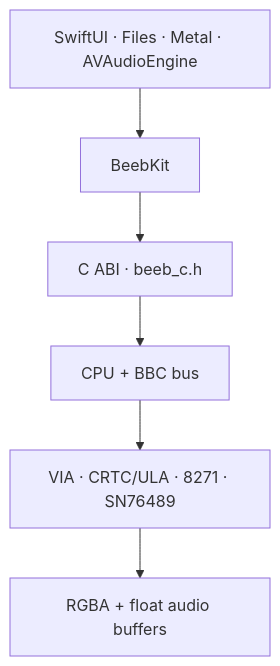
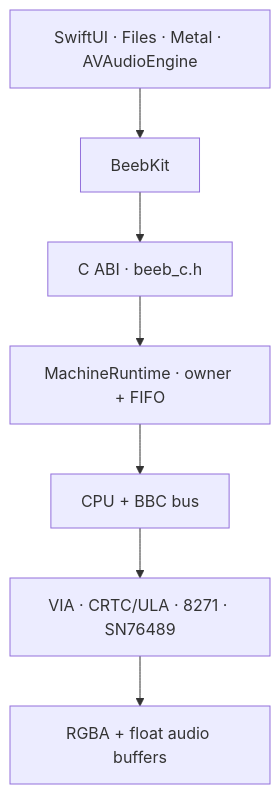
Before and after one commit to peternicholls/6502: the diagram in docs/ARCHITECTURE.md, drawn with Mermaid. The commit also changed other lines of this file and 7 other files, not shown here.

````diff
--- a/docs/ARCHITECTURE.md
+++ b/docs/ARCHITECTURE.md
@@ -36,8 +34,9 @@
 ```mermaid
 flowchart TD
     Host["SwiftUI · Files · Metal · AVAudioEngine"] --> Kit[BeebKit]
     Kit --> ABI["C ABI · beeb_c.h"]
-    ABI --> Core["CPU + BBC bus"]
+    ABI --> Runtime["MachineRuntime · owner + FIFO"]
+    Runtime --> Core["CPU + BBC bus"]
     Core --> Devices["VIA · CRTC/ULA · 8271 · SN76489"]
     Devices --> Buffers["RGBA + float audio buffers"]
 ```
````
